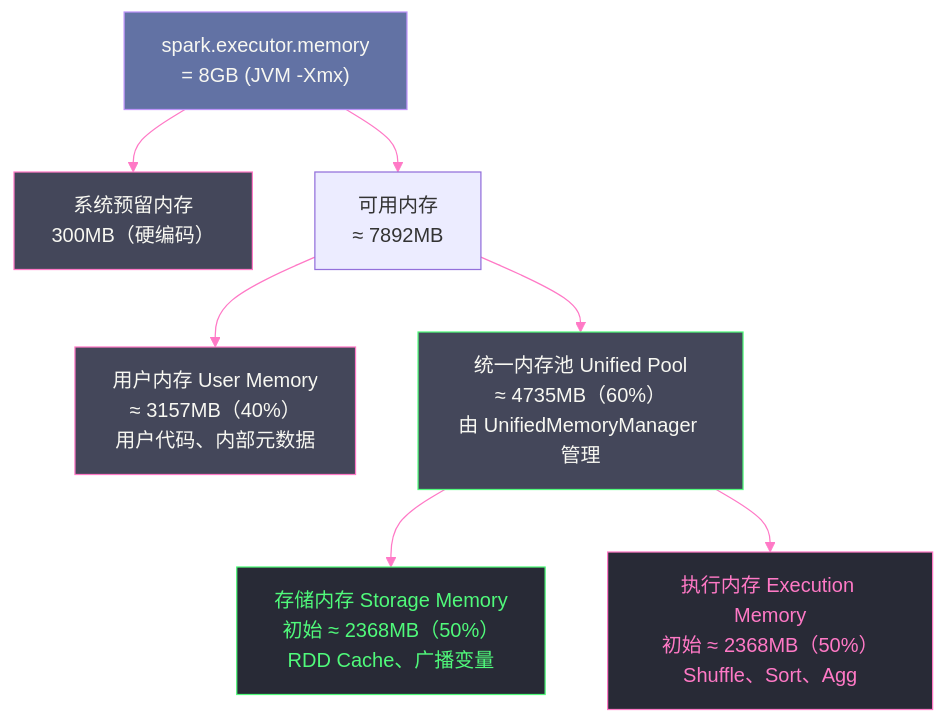
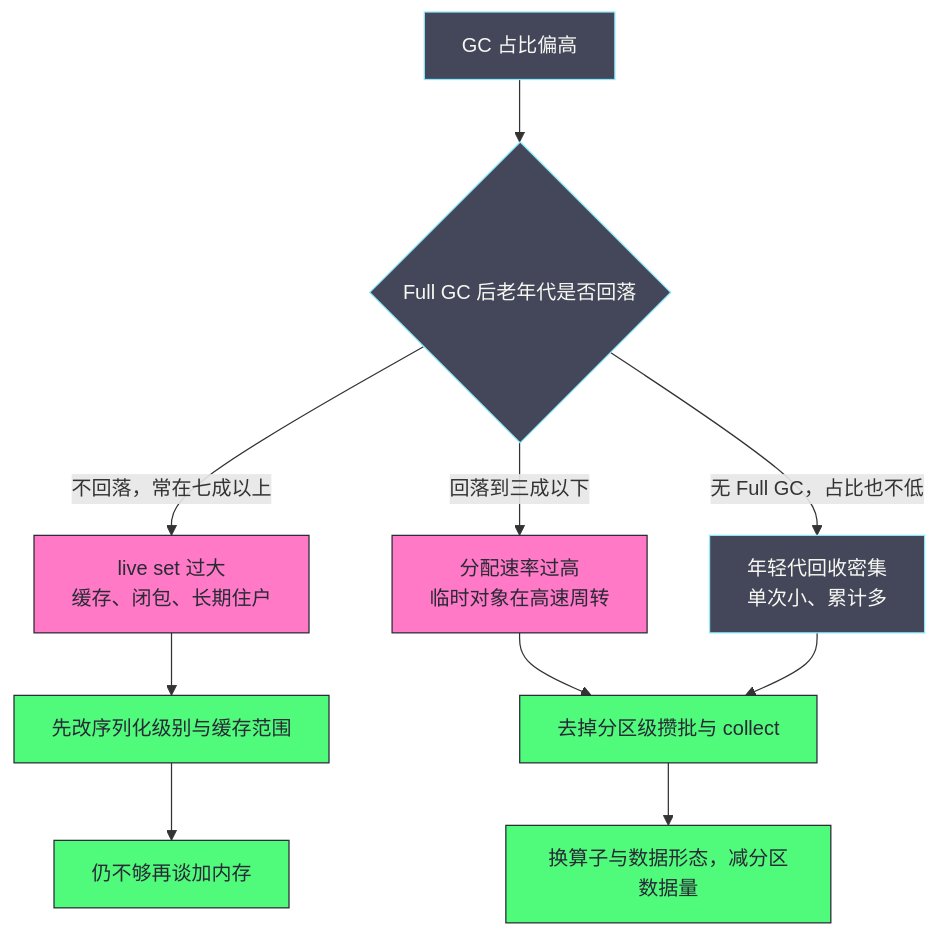
One commit to hpliStartAgain/my-brain changed the third of 4 diagrams in content/大数据/Spark/Spark-Shuffle与内存管理机制深度解析/06 Spark 统一内存管理模型.md. Above: the diagram before and after it, drawn with Mermaid. The commit also changed other lines of this file and 455 other files, not shown here.

````diff
--- a/content/大数据/Spark/Spark-Shuffle与内存管理机制深度解析/06 Spark 统一内存管理模型.md
+++ b/content/大数据/Spark/Spark-Shuffle与内存管理机制深度解析/06 Spark 统一内存管理模型.md
@@ -103,22 +247,19 @@
 ```mermaid
-%%{init: {"theme": "dracula", "themeVariables": {"primaryColor": "#6272a4", "primaryTextColor": "#f8f8f2", "primaryBorderColor": "#bd93f9", "lineColor": "#ff79c6", "secondaryColor": "#44475a", "tertiaryColor": "#282a36"}}}%%
-graph TD
-    A["spark.executor.memory</br>= 8GB (JVM -Xmx)"] --> B["系统预留内存</br>300MB（硬编码）"]
-    A --> C["可用内存</br>≈ 7892MB"]
-    C --> D["用户内存 User Memory</br>≈ 3157MB（40%）</br>用户代码、内部元数据"]
-    C --> E["统一内存池 Unified Pool</br>≈ 4735MB（60%）</br>由 UnifiedMemoryManager 管理"]
-    E --> F["存储内存 Storage Memory</br>初始 ≈ 2368MB（50%）</br>RDD Cache、广播变量"]
-    E --> G["执行内存 Execution Memory</br>初始 ≈ 2368MB（50%）</br>Shuffle、Sort、Agg"]
-
-    classDef total fill:#6272a4,stroke:#bd93f9,color:#f8f8f2
-    classDef fixed fill:#44475a,stroke:#ff79c6,color:#f8f8f2
-    classDef pool fill:#44475a,stroke:#50fa7b,color:#f8f8f2
-    classDef exec fill:#282a36,stroke:#ff79c6,color:#ff79c6
-    classDef storage fill:#282a36,stroke:#50fa7b,color:#50fa7b
-
-    class A total
-    class B,D fixed
-    class E pool
-    class G exec
-    class F storage
+%%{init: {'theme': 'dracula'}}%%
+flowchart TD
+    G["GC 占比偏高"] --> A{"Full GC 后老年代是否回落"}
+    A -- "不回落，常在七成以上" --> B["live set 过大<br/>缓存、闭包、长期住户"]
+    A -- "回落到三成以下" --> C["分配速率过高<br/>临时对象在高速周转"]
+    B --> B1["先改序列化级别与缓存范围"]
+    B1 --> B2["仍不够再谈加内存"]
+    C --> C1["去掉分区级攒批与 collect"]
+    C1 --> C2["换算子与数据形态，减分区数据量"]
+    A -- "无 Full GC，占比也不低" --> D["年轻代回收密集<br/>单次小、累计多"]
+    D --> C1
+    classDef q fill:#44475a,stroke:#8be9fd,color:#f8f8f2
+    classDef a fill:#ff79c6,stroke:#282a36,color:#282a36
+    classDef b fill:#50fa7b,stroke:#282a36,color:#282a36
+    class G,A,D q
+    class B,C a
+    class B1,B2,C1,C2 b
 ```
````
